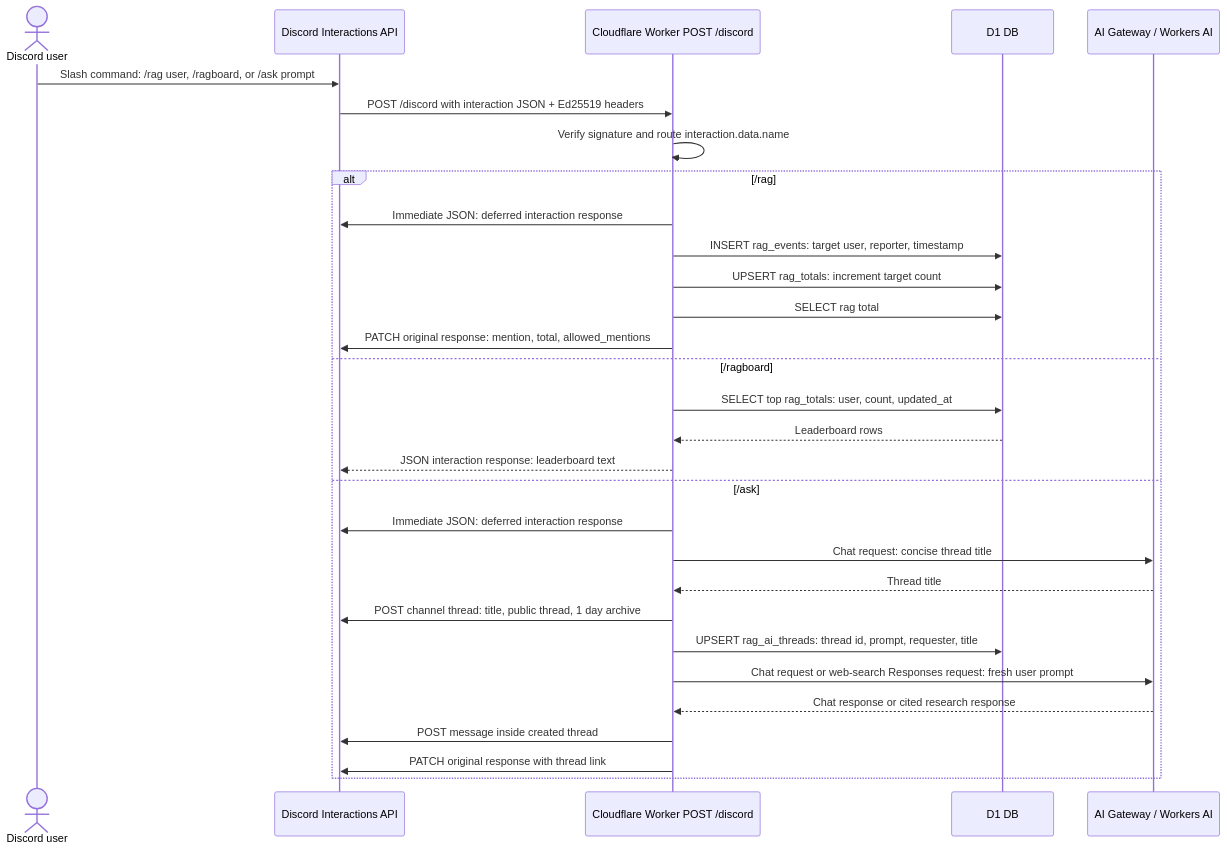
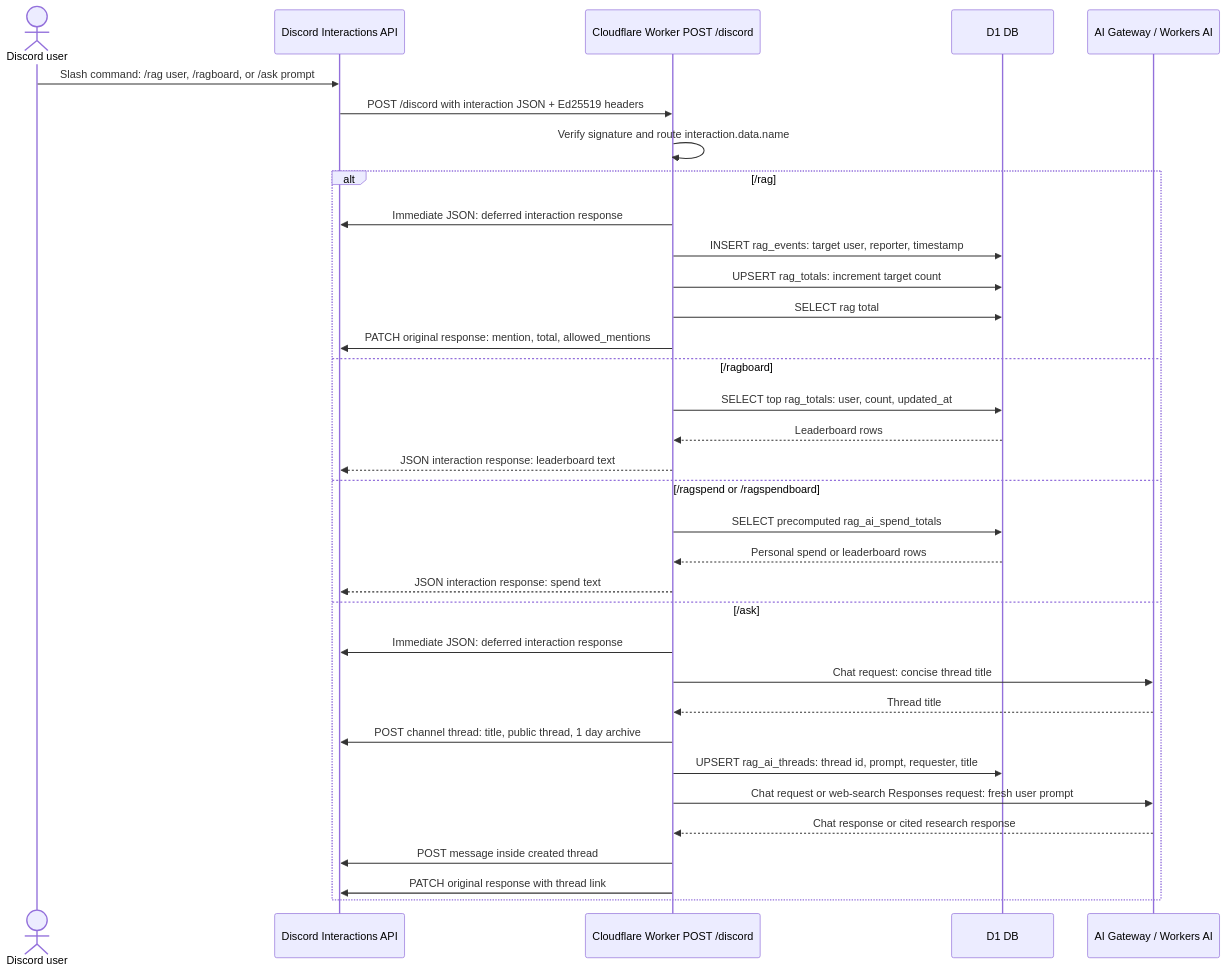
The second of 3 diagrams in README.md (jackm43/rag), drawn with Mermaid before and after one commit. The commit also changed other lines of this file and 20 other files, not shown here.

````diff
--- a/README.md
+++ b/README.md
@@ -49,34 +51,38 @@
 ```mermaid
 sequenceDiagram
   actor User as Discord user
   participant Discord as Discord Interactions API
   participant Worker as Cloudflare Worker POST /discord
   participant DB as D1 DB
   participant AI as AI Gateway / Workers AI
 
   User->>Discord: Slash command: /rag user, /ragboard, or /ask prompt
   Discord->>Worker: POST /discord with interaction JSON + Ed25519 headers
   Worker->>Worker: Verify signature and route interaction.data.name
 
   alt /rag
     Worker->>Discord: Immediate JSON: deferred interaction response
     Worker->>DB: INSERT rag_events: target user, reporter, timestamp
     Worker->>DB: UPSERT rag_totals: increment target count
     Worker->>DB: SELECT rag total
     Worker->>Discord: PATCH original response: mention, total, allowed_mentions
   else /ragboard
     Worker->>DB: SELECT top rag_totals: user, count, updated_at
     DB-->>Worker: Leaderboard rows
     Worker-->>Discord: JSON interaction response: leaderboard text
+  else /ragspend or /ragspendboard
+    Worker->>DB: SELECT precomputed rag_ai_spend_totals
+    DB-->>Worker: Personal spend or leaderboard rows
+    Worker-->>Discord: JSON interaction response: spend text
   else /ask
     Worker->>Discord: Immediate JSON: deferred interaction response
     Worker->>AI: Chat request: concise thread title
     AI-->>Worker: Thread title
     Worker->>Discord: POST channel thread: title, public thread, 1 day archive
     Worker->>DB: UPSERT rag_ai_threads: thread id, prompt, requester, title
     Worker->>AI: Chat request or web-search Responses request: fresh user prompt
     AI-->>Worker: Chat response or cited research response
     Worker->>Discord: POST message inside created thread
     Worker->>Discord: PATCH original response with thread link
   end
 ```
````
